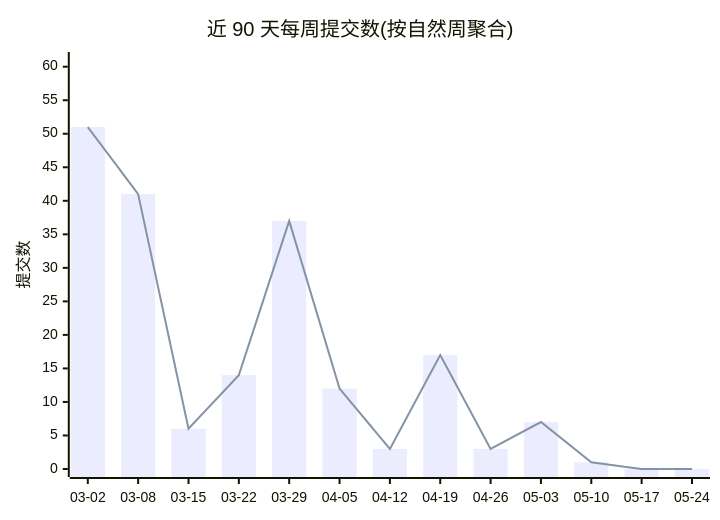
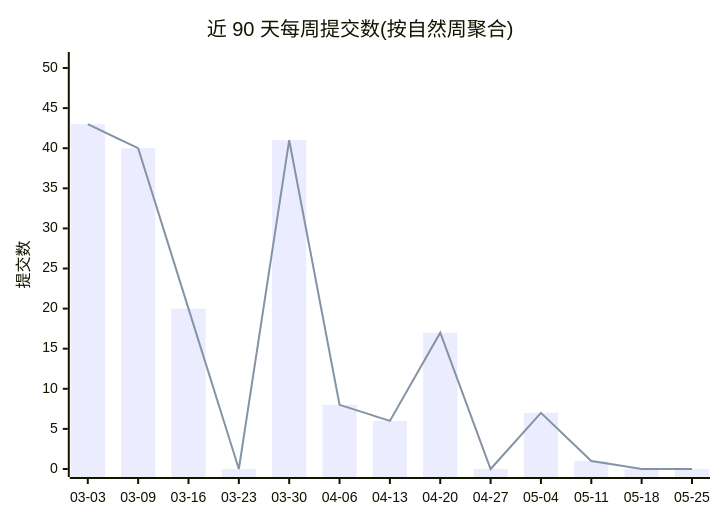
Before and after one commit to Conflux-Union/.github: the first of 2 diagrams in profile/README.md, drawn with Mermaid. The commit also changed other lines of this file and 1 other file, not shown here.

Commit message:
chore(stats): refresh org commit stats

````diff
--- a/profile/README.md
+++ b/profile/README.md
@@ -44,8 +44,8 @@
 ```mermaid
 xychart-beta
     title "近 90 天每周提交数(按自然周聚合)"
-    x-axis ["03-02", "03-08", "03-15", "03-22", "03-29", "04-05", "04-12", "04-19", "04-26", "05-03", "05-10", "05-17", "05-24"]
-    y-axis "提交数" 0 --> 61
-    bar [51, 41, 6, 14, 37, 12, 3, 17, 3, 7, 1, 0, 0]
-    line [51, 41, 6, 14, 37, 12, 3, 17, 3, 7, 1, 0, 0]
+    x-axis ["03-03", "03-09", "03-16", "03-23", "03-30", "04-06", "04-13", "04-20", "04-27", "05-04", "05-11", "05-18", "05-25"]
+    y-axis "提交数" 0 --> 51
+    bar [43, 40, 20, 0, 41, 8, 6, 17, 0, 7, 1, 0, 0]
+    line [43, 40, 20, 0, 41, 8, 6, 17, 0, 7, 1, 0, 0]
 ```
````
